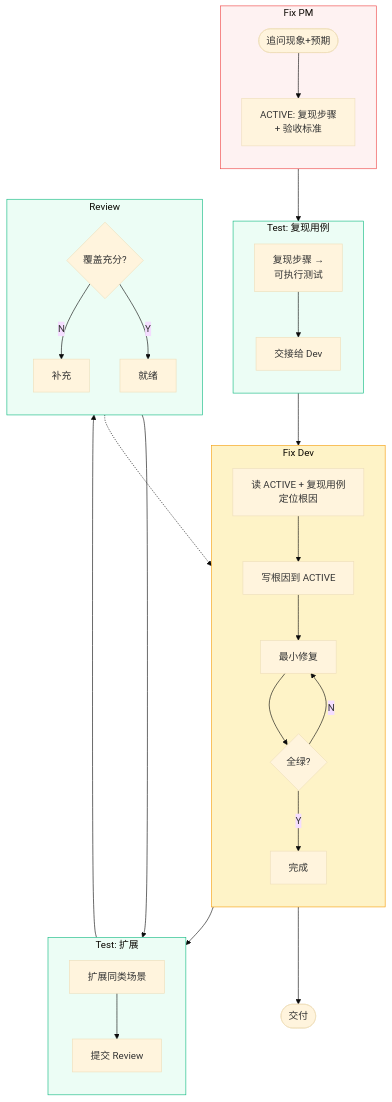
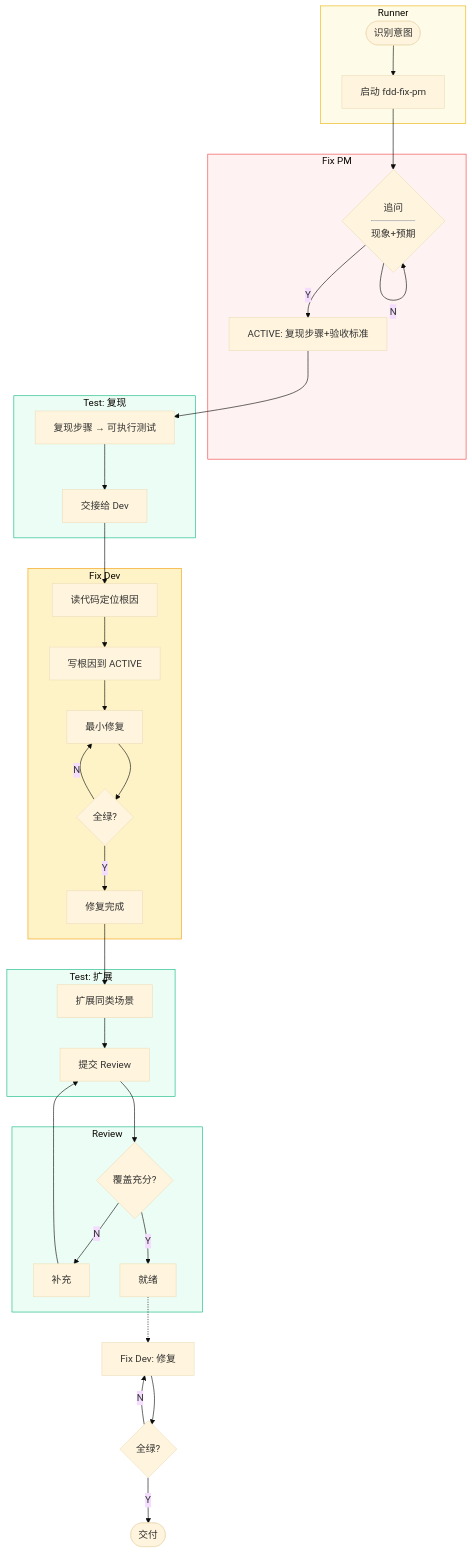
The second of 2 diagrams in README.md (0xlxx/skills), drawn with Mermaid (base theme) before and after one commit. The commit also changed other lines of this file, not shown here.

Commit message:
README: add fdd-runner orchestrator, update agent table to 8, add Runner subgraphs to mermaid

````diff
--- a/README.md
+++ b/README.md
@@ -70,46 +63,50 @@
 ```mermaid
 flowchart TB
-    subgraph FPM ["Fix PM"]
-        direction TB
-        A([追问现象+预期]) --> B[ACTIVE: 复现步骤<br/>+ 验收标准]
+    subgraph RN [Runner]
+        A([识别意图]) --> B[启动 fdd-fix-pm]
     end
 
-    subgraph FT ["Test: 复现用例"]
-        direction TB
-        C[复现步骤 →<br/>可执行测试] --> D[交接给 Dev]
+    subgraph PM [Fix PM]
+        B --> C{追问<hr/>现象+预期}
+        C -->|N| C
+        C -->|Y| D[ACTIVE: 复现步骤+验收标准]
     end
 
-    subgraph FD ["Fix Dev"]
-        direction TB
-        E[读 ACTIVE + 复现用例<br/>定位根因] --> F[写根因到 ACTIVE]
-        F --> G[最小修复]
-        G --> H{全绿?}
-        H -->|N| G
-        H -->|Y| I[完成]
+    subgraph T1 [Test: 复现]
+        D --> E[复现步骤 → 可执行测试]
+        E --> F[交接给 Dev]
     end
 
-    subgraph FT2 ["Test: 扩展"]
-        direction TB
-        J[扩展同类场景] --> K[提交 Review]
+    subgraph DV [Fix Dev]
+        F --> G[读代码定位根因]
+        G --> H[写根因到 ACTIVE]
+        H --> I[最小修复]
+        I --> J{全绿?}
+        J -->|N| I
+        J -->|Y| K[修复完成]
     end
 
-    subgraph FR ["Review"]
-        direction TB
-        K --> L{覆盖充分?}
-        L -->|N| M[补充]
-        M --> K
-        L -->|Y| N[就绪]
+    subgraph T2 [Test: 扩展]
+        K --> L[扩展同类场景]
+        L --> M[提交 Review]
     end
 
-    B --> C
-    D --> E
-    I --> J
-    N -.-> G
-    I --> O([交付])
+    subgraph RV [Review]
+        M --> N{覆盖充分?}
+        N -->|N| O[补充]
+        O --> M
+        N -->|Y| P[就绪]
+    end
 
-    style FPM fill:#fef2f2,stroke:#ef4444
-    style FD fill:#fef3c7,stroke:#f59e0b
-    style FT fill:#ecfdf5,stroke:#10b981
-    style FT2 fill:#ecfdf5,stroke:#10b981
-    style FR fill:#ecfdf5,stroke:#10b981
+    P -.-> Q[Fix Dev: 修复]
+    Q --> R{全绿?}
+    R -->|N| Q
+    R -->|Y| S([交付])
+
+    style RN fill:#fefce8,stroke:#eab308
+    style PM fill:#fef2f2,stroke:#ef4444
+    style DV fill:#fef3c7,stroke:#f59e0b
+    style T1 fill:#ecfdf5,stroke:#10b981
+    style T2 fill:#ecfdf5,stroke:#10b981
+    style RV fill:#ecfdf5,stroke:#10b981
 ```
````
